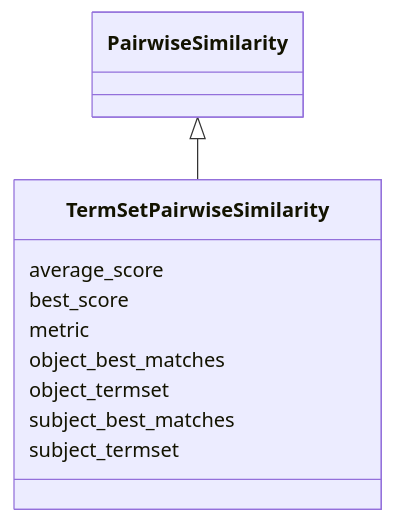
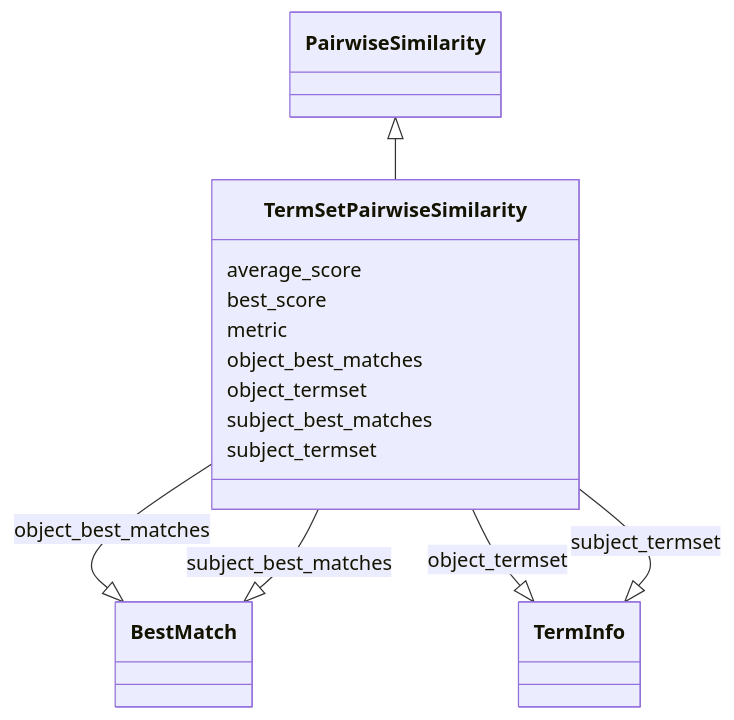
Before and after one commit to cthoyt/ontology-access-kit: the diagram in similarity/TermSetPairwiseSimilarity.md, drawn with Mermaid. The commit also changed other lines of this file and 3287 other files, not shown here.

````diff
--- a/similarity/TermSetPairwiseSimilarity.md
+++ b/similarity/TermSetPairwiseSimilarity.md
@@ -11,14 +14,29 @@
 ```{mermaid}
  classDiagram
     class TermSetPairwiseSimilarity
       PairwiseSimilarity <|-- TermSetPairwiseSimilarity
       
       TermSetPairwiseSimilarity : average_score
+        
       TermSetPairwiseSimilarity : best_score
+        
       TermSetPairwiseSimilarity : metric
+        
       TermSetPairwiseSimilarity : object_best_matches
+        
+          TermSetPairwiseSimilarity --|> BestMatch : object_best_matches
+        
       TermSetPairwiseSimilarity : object_termset
+        
+          TermSetPairwiseSimilarity --|> TermInfo : object_termset
+        
       TermSetPairwiseSimilarity : subject_best_matches
+        
+          TermSetPairwiseSimilarity --|> BestMatch : subject_best_matches
+        
       TermSetPairwiseSimilarity : subject_termset
+        
+          TermSetPairwiseSimilarity --|> TermInfo : subject_termset
+        
       
 ```
````
